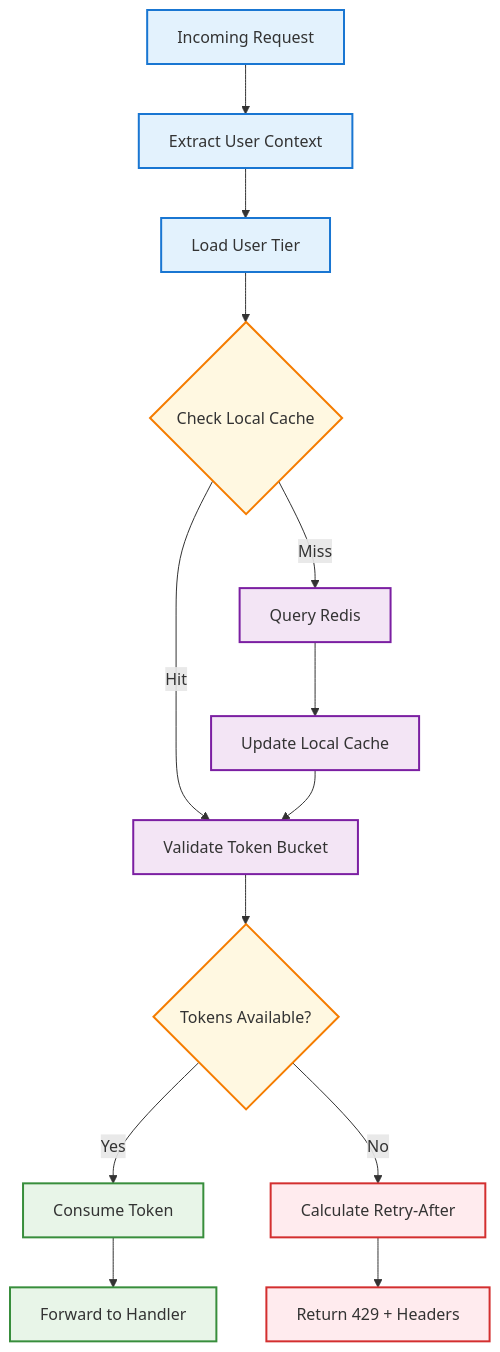
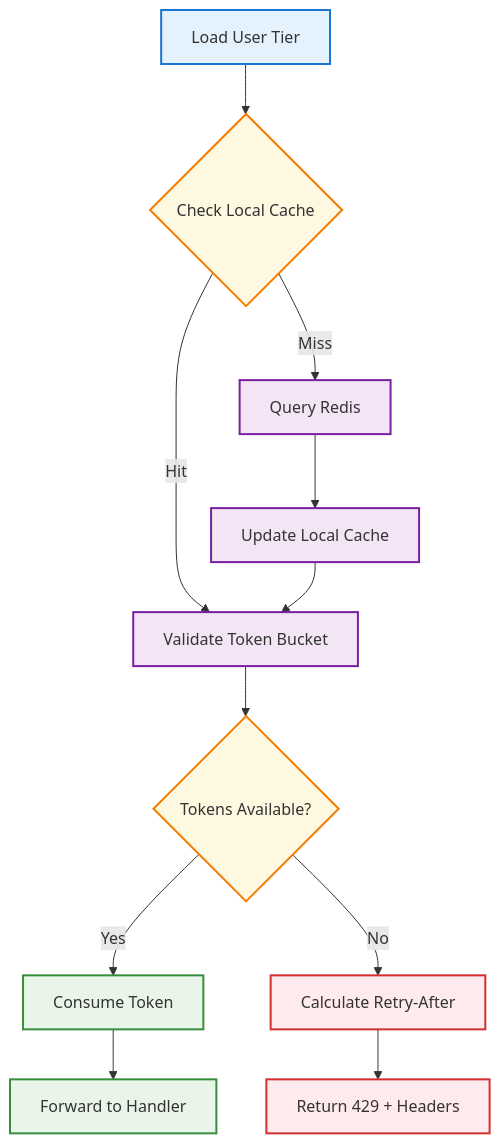
One commit to AndrewHess/pretty-markdown changed the diagram in examples/lorem-ipsum.md. Above: the diagram before and after it, drawn with Mermaid. The commit also changed other lines of this file and 4 other files, not shown here.

````diff
--- a/examples/lorem-ipsum.md
+++ b/examples/lorem-ipsum.md
@@ -41,28 +37,27 @@
 ```mermaid
 graph TD
-    A[Incoming Request] --> B[Extract User Context]
-    B --> C[Load User Tier]
+    C[Load User Tier]
     C --> D{Check Local Cache}
     D -->|Hit| E[Validate Token Bucket]
     D -->|Miss| F[Query Redis]
     F --> G[Update Local Cache]
     G --> E
     E --> H{Tokens Available?}
     H -->|Yes| I[Consume Token]
     H -->|No| J[Calculate Retry-After]
     I --> K[Forward to Handler]
     J --> L[Return 429 + Headers]
     
     %% Styling
     classDef userNode fill:#e3f2fd,stroke:#1976d2,stroke-width:2px
     classDef cacheNode fill:#f3e5f5,stroke:#7b1fa2,stroke-width:2px
     classDef decisionNode fill:#fff8e1,stroke:#f57c00,stroke-width:2px
     classDef successNode fill:#e8f5e8,stroke:#388e3c,stroke-width:2px
     classDef errorNode fill:#ffebee,stroke:#d32f2f,stroke-width:2px
     
     class A,B,C userNode
     class E,F,G cacheNode
     class D,H decisionNode
     class I,K successNode
     class J,L errorNode
 ```
````
